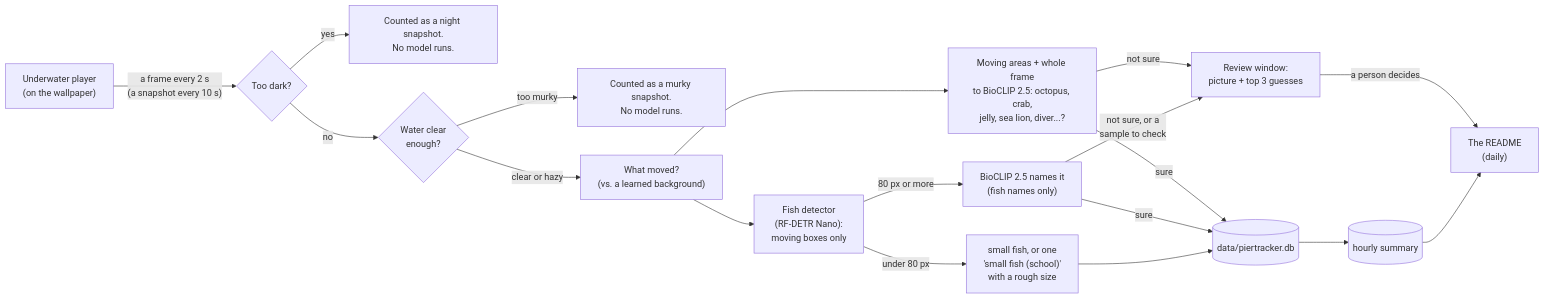
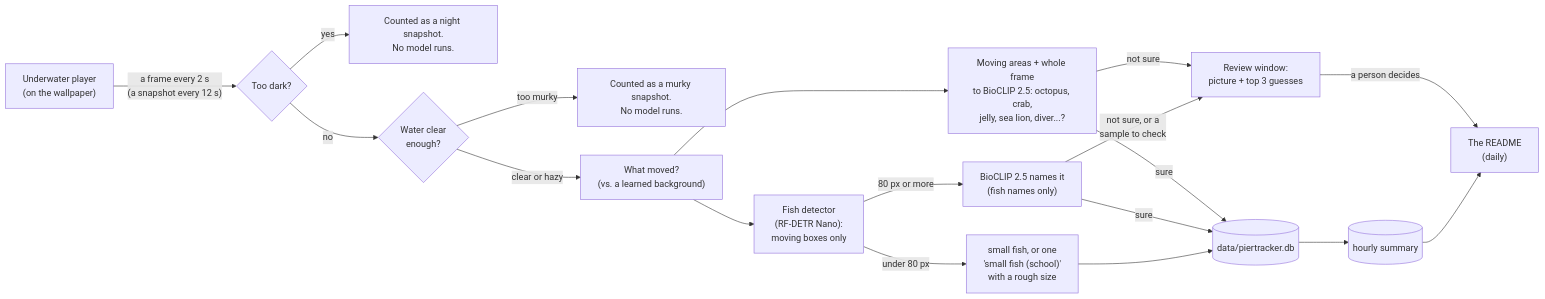
One commit to joshuafrommeyer-35/PierTracker changed the diagram in docs/HOW_IT_WORKS.md. Above: the diagram before and after it, drawn with Mermaid. The commit also changed other lines of this file and 17 other files, not shown here.

````diff
--- a/docs/HOW_IT_WORKS.md
+++ b/docs/HOW_IT_WORKS.md
@@ -56,19 +56,19 @@
 ```mermaid
 flowchart LR
-    A["Underwater player<br/>(on the wallpaper)"] -->|"a frame every 2 s<br/>(a snapshot every 10 s)"| B{"Too dark?"}
+    A["Underwater player<br/>(on the wallpaper)"] -->|"a frame every 2 s<br/>(a snapshot every 12 s)"| B{"Too dark?"}
     B -->|yes| N["Counted as a night snapshot.<br/>No model runs."]
     B -->|no| V{"Water clear<br/>enough?"}
     V -->|"too murky"| N2["Counted as a murky snapshot.<br/>No model runs."]
     V -->|"clear or hazy"| M["What moved?<br/>(vs. a learned background)"]
     M --> D["Fish detector<br/>(RF-DETR Nano):<br/>moving boxes only"]
     M --> C["Moving areas + whole frame<br/>to BioCLIP 2.5: octopus, crab,<br/>jelly, sea lion, diver...?"]
     D -->|"under 80 px"| U["small fish, or one<br/>'small fish (school)'<br/>with a rough size"]
     D -->|"80 px or more"| F["BioCLIP 2.5 names it<br/>(fish names only)"]
     C -->|sure| G[("data/piertracker.db")]
     F -->|sure| G
     U --> G
     C -->|not sure| R["Review window:<br/>picture + top 3 guesses"]
     F -->|"not sure, or a<br/>sample to check"| R
     R -->|"a person decides"| I
     G --> H[("hourly summary")] --> I["The README<br/>(daily)"]
 ```
````
